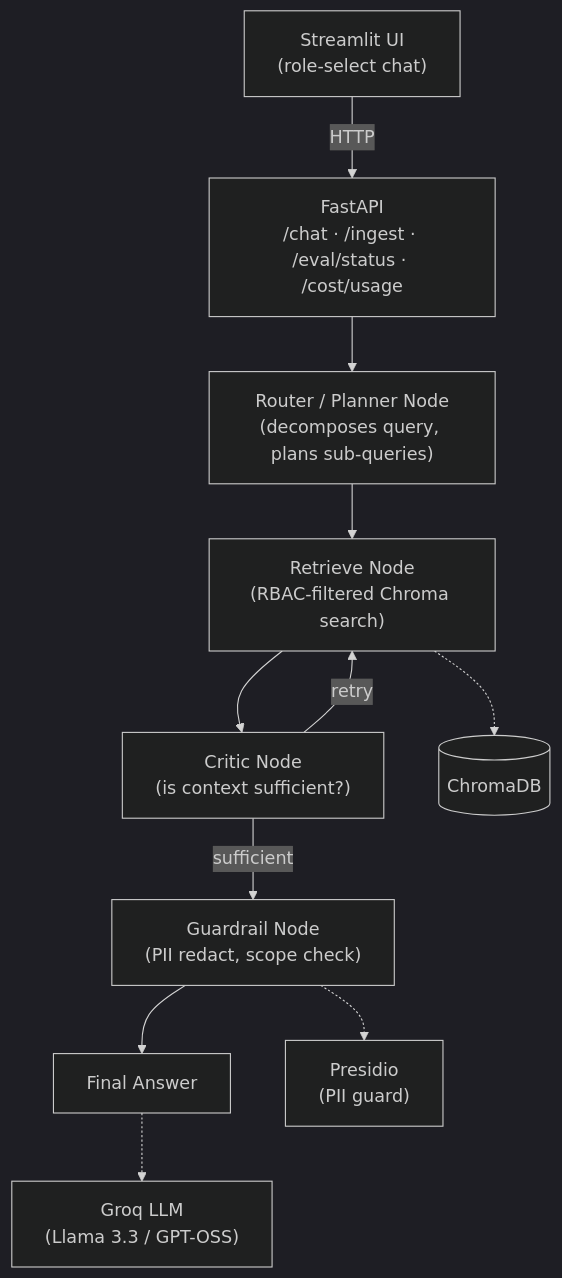
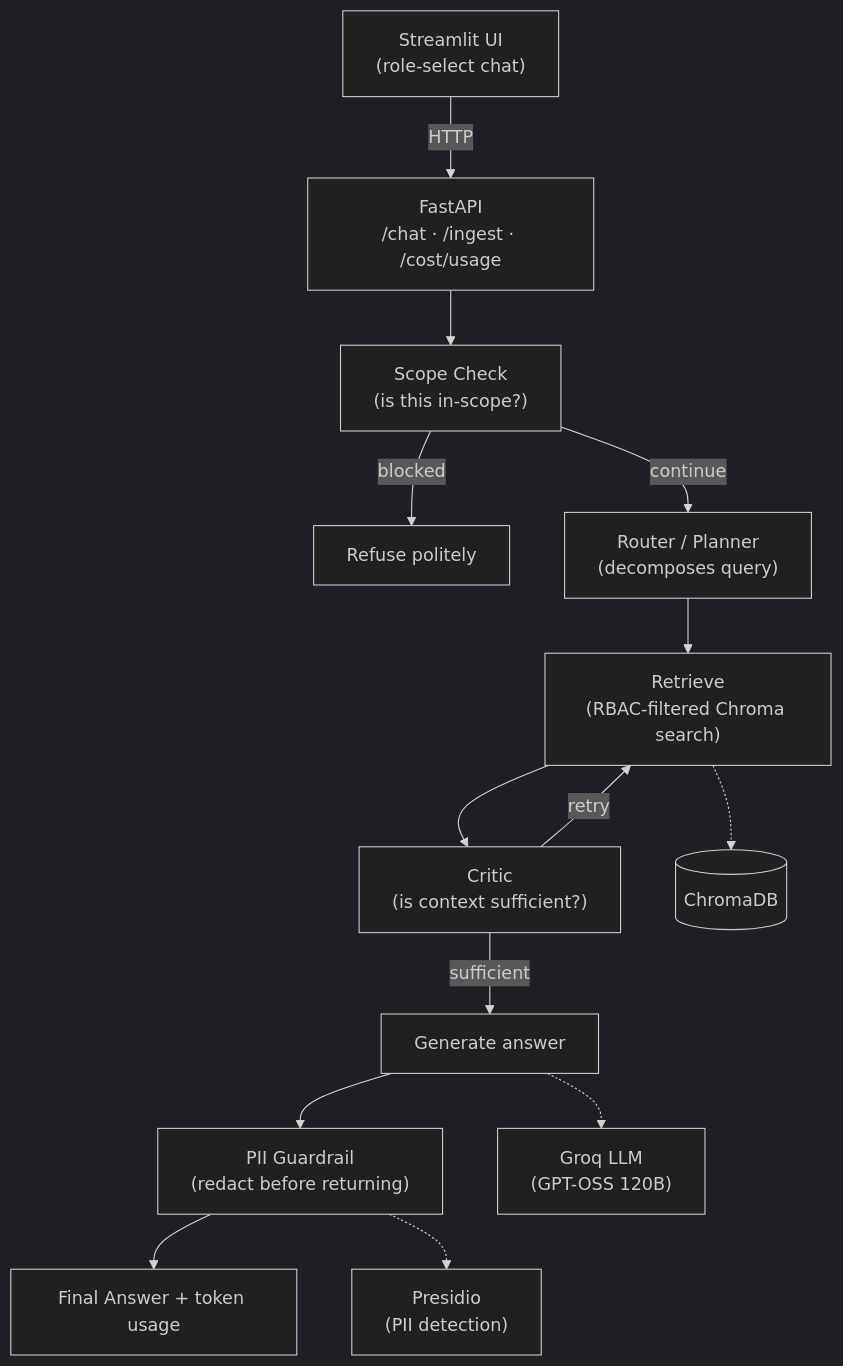
Before and after one commit to Sukesh-blip/RAG-with-RBAC-Guardrails-and-Evals: the diagram in README.md, drawn with Mermaid (dark theme). The commit also changed other lines of this file, not shown here.

````diff
--- a/README.md
+++ b/README.md
@@ -35,14 +34,17 @@
 ```mermaid
 flowchart TD
-    UI["Streamlit UI<br/>(role-select chat)"] -->|HTTP| API["FastAPI<br/>/chat · /ingest · /eval/status · /cost/usage"]
-    API --> Router["Router / Planner Node<br/>(decomposes query, plans sub-queries)"]
-    Router --> Retrieve["Retrieve Node<br/>(RBAC-filtered Chroma search)"]
-    Retrieve --> Critic["Critic Node<br/>(is context sufficient?)"]
+    UI["Streamlit UI<br/>(role-select chat)"] -->|HTTP| API["FastAPI<br/>/chat · /ingest · /cost/usage"]
+    API --> Scope["Scope Check<br/>(is this in-scope?)"]
+    Scope -->|blocked| Refuse["Refuse politely"]
+    Scope -->|continue| Router["Router / Planner<br/>(decomposes query)"]
+    Router --> Retrieve["Retrieve<br/>(RBAC-filtered Chroma search)"]
+    Retrieve --> Critic["Critic<br/>(is context sufficient?)"]
     Critic -->|retry| Retrieve
-    Critic -->|sufficient| Guardrail["Guardrail Node<br/>(PII redact, scope check)"]
-    Guardrail --> Answer["Final Answer"]
+    Critic -->|sufficient| Generate["Generate answer"]
+    Generate --> Guardrail["PII Guardrail<br/>(redact before returning)"]
+    Guardrail --> Answer["Final Answer + token usage"]
 
     Retrieve -.-> Chroma[(ChromaDB)]
-    Answer -.-> Groq["Groq LLM<br/>(Llama 3.3 / GPT-OSS)"]
-    Guardrail -.-> Presidio["Presidio<br/>(PII guard)"]
+    Generate -.-> Groq["Groq LLM<br/>(GPT-OSS 120B)"]
+    Guardrail -.-> Presidio["Presidio<br/>(PII detection)"]
 ```
````
